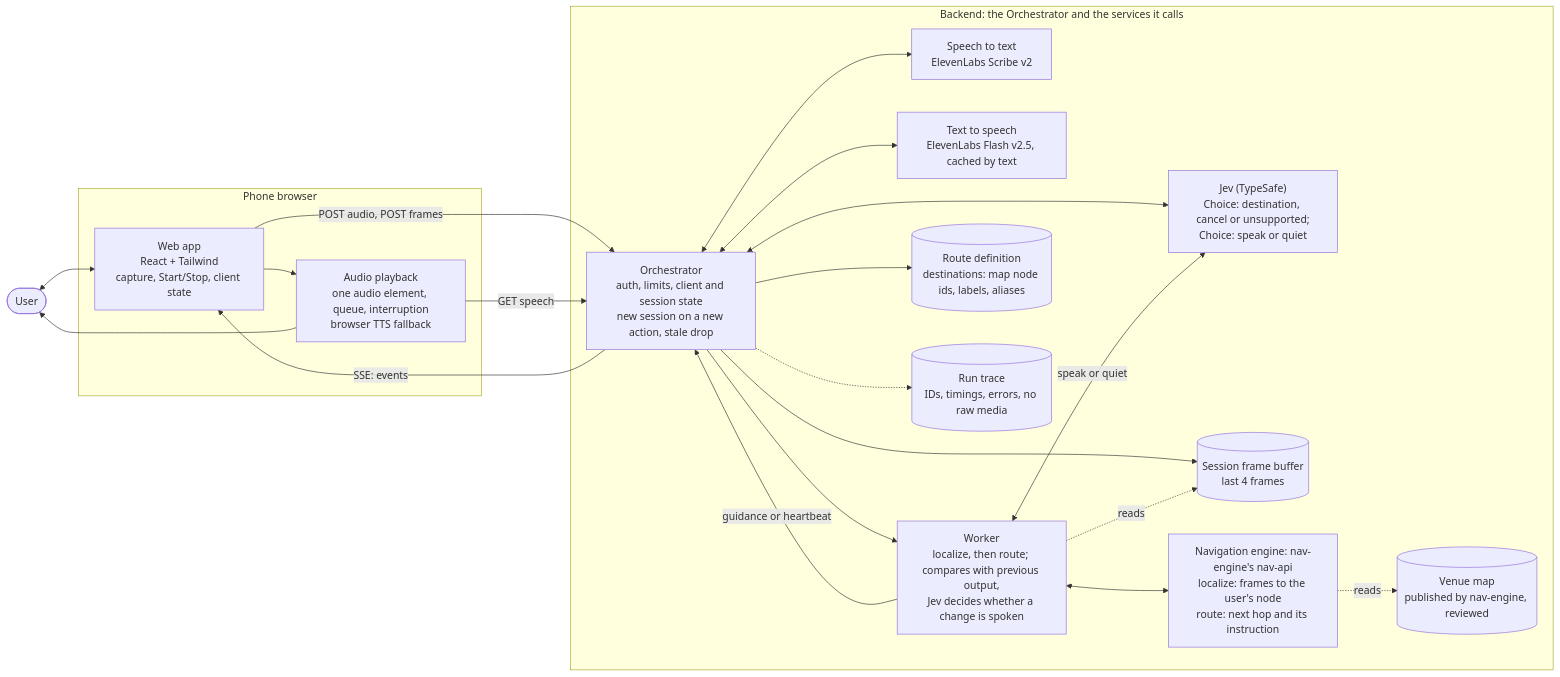
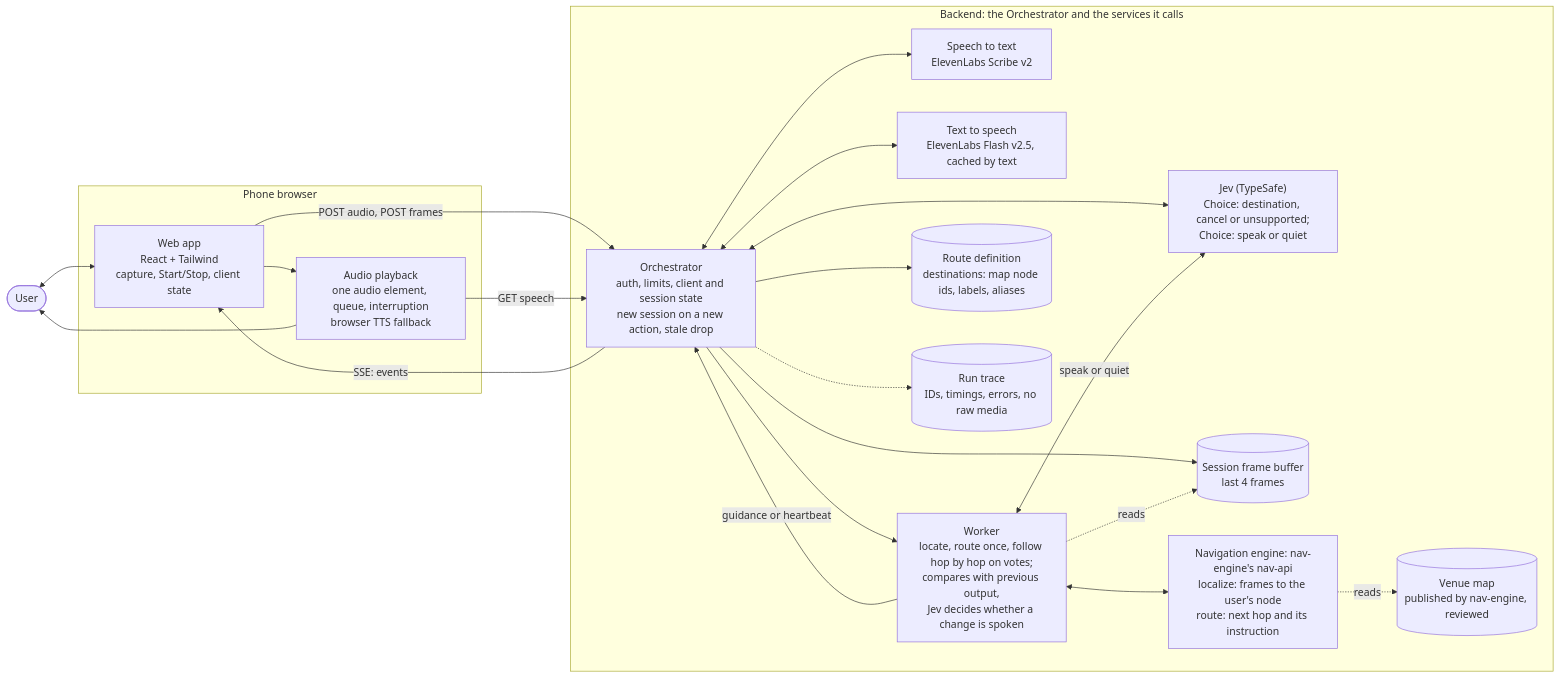
Before and after one commit to tungsten-united/project-description: the second of 3 diagrams in docs/architecture.md, drawn with Mermaid. The commit also changed other lines of this file and 1 other file, not shown here.

First line of the commit message:
Contracts: the orchestrator follows the route hop by hop

````diff
--- a/docs/architecture.md
+++ b/docs/architecture.md
@@ -26,42 +26,42 @@
 ```mermaid
 flowchart LR
   user(["User"])
 
   subgraph phone["Phone browser"]
     app["Web app<br/>React + Tailwind<br/>capture, Start/Stop, client state"]
     tts["Audio playback<br/>one audio element, queue, interruption<br/>browser TTS fallback"]
   end
 
   subgraph backend["Backend: the Orchestrator and the services it calls"]
     orch["Orchestrator<br/>auth, limits, client and session state<br/>new session on a new action, stale drop"]
     stt["Speech to text<br/>ElevenLabs Scribe v2"]
     ttsapi["Text to speech<br/>ElevenLabs Flash v2.5, cached by text"]
     cmd["Jev (TypeSafe)<br/>Choice: destination, cancel or unsupported;<br/>Choice: speak or quiet"]
     buf[("Session frame buffer<br/>last 4 frames")]
-    wrk["Worker<br/>localize, then route; compares with previous output,<br/>Jev decides whether a change is spoken"]
+    wrk["Worker<br/>locate, route once, follow hop by hop on votes;<br/>compares with previous output,<br/>Jev decides whether a change is spoken"]
     nav["Navigation engine: nav-engine's nav-api<br/>localize: frames to the user's node<br/>route: next hop and its instruction"]
     navmap[("Venue map<br/>published by nav-engine, reviewed")]
     route[("Route definition<br/>destinations: map node ids, labels, aliases")]
     trace[("Run trace<br/>IDs, timings, errors, no raw media")]
   end
 
   user <--> app
   app -->|"POST audio, POST frames"| orch
   orch -->|"SSE: events"| app
   app --> tts
   tts -->|"GET speech"| orch
   tts --> user
 
   orch <--> stt
   orch <--> ttsapi
   orch <--> cmd
   orch --> buf
   orch --> wrk
   wrk -.->|"reads"| buf
   wrk <--> nav
   wrk <-->|"speak or quiet"| cmd
   wrk -->|"guidance or heartbeat"| orch
   orch --> route
   nav -.->|"reads"| navmap
   orch -.-> trace
 ```
````
